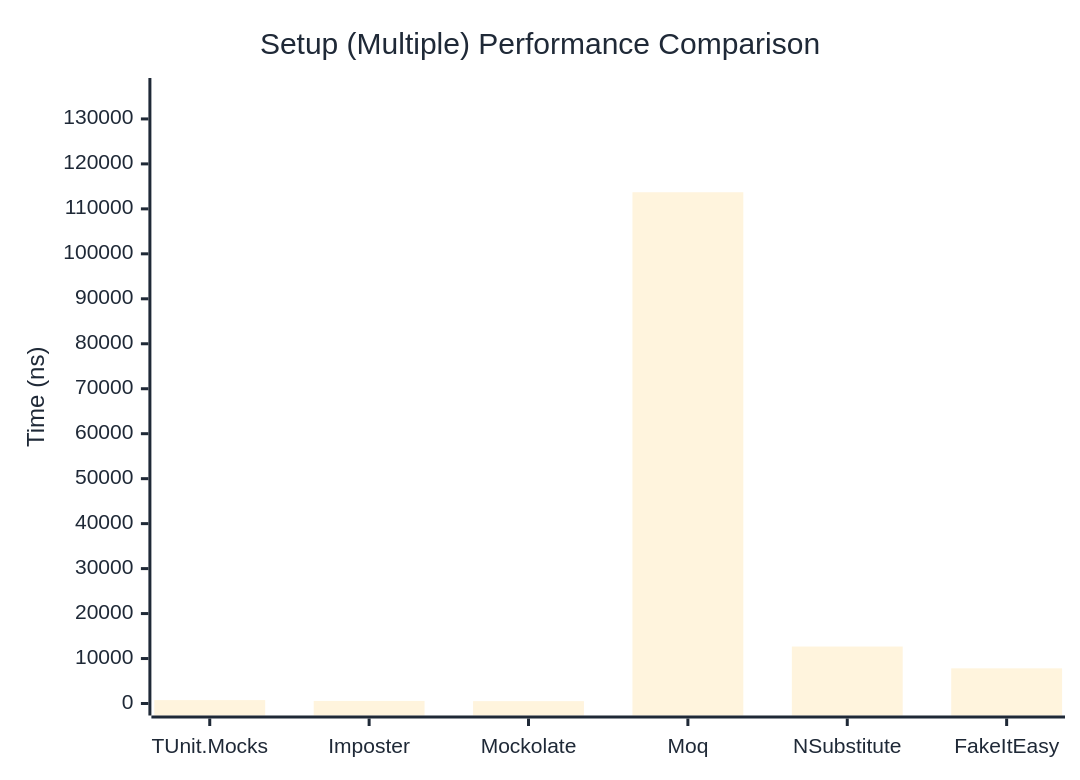
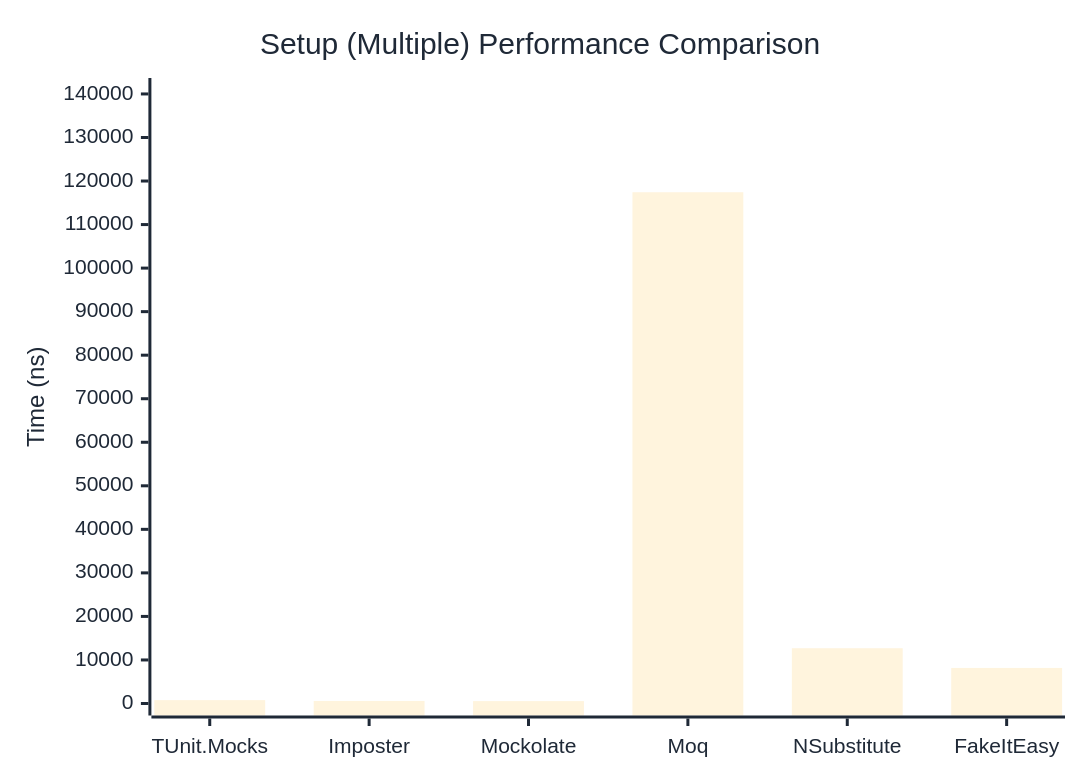
One commit to thomhurst/TUnit changed the second of 2 diagrams in docs/docs/benchmarks/mocks/Setup.md. Above: the diagram before and after it, drawn with Mermaid. The commit also changed other lines of this file and 14 other files, not shown here.

````diff
--- a/docs/docs/benchmarks/mocks/Setup.md
+++ b/docs/docs/benchmarks/mocks/Setup.md
@@ -71,27 +71,27 @@
 ```mermaid
 %%{init: {
   'theme':'base',
   'themeVariables': {
     'primaryColor': '#2563eb',
     'primaryTextColor': '#1f2937',
     'primaryBorderColor': '#1e40af',
     'lineColor': '#6b7280',
     'secondaryColor': '#7c3aed',
     'tertiaryColor': '#dc2626',
     'background': '#ffffff',
     'pie1': '#2563eb',
     'pie2': '#7c3aed',
     'pie3': '#dc2626',
     'pie4': '#f59e0b',
     'pie5': '#10b981',
     'pie6': '#06b6d4',
     'pie7': '#ec4899',
     'pie8': '#6366f1'
   }
 }}%%
 xychart-beta
   title "Setup (Multiple) Performance Comparison"
   x-axis ["TUnit.Mocks", "Imposter", "Mockolate", "Moq", "NSubstitute", "FakeItEasy"]
-  y-axis "Time (ns)" 0 --> 136433
-  bar [758.8, 573.1, 527.9, 113693.8, 12671.7, 7818]
+  y-axis "Time (ns)" 0 --> 140907
+  bar [771.7, 581.1, 551.7, 117422.1, 12694.8, 8165.7]
 ```
````
